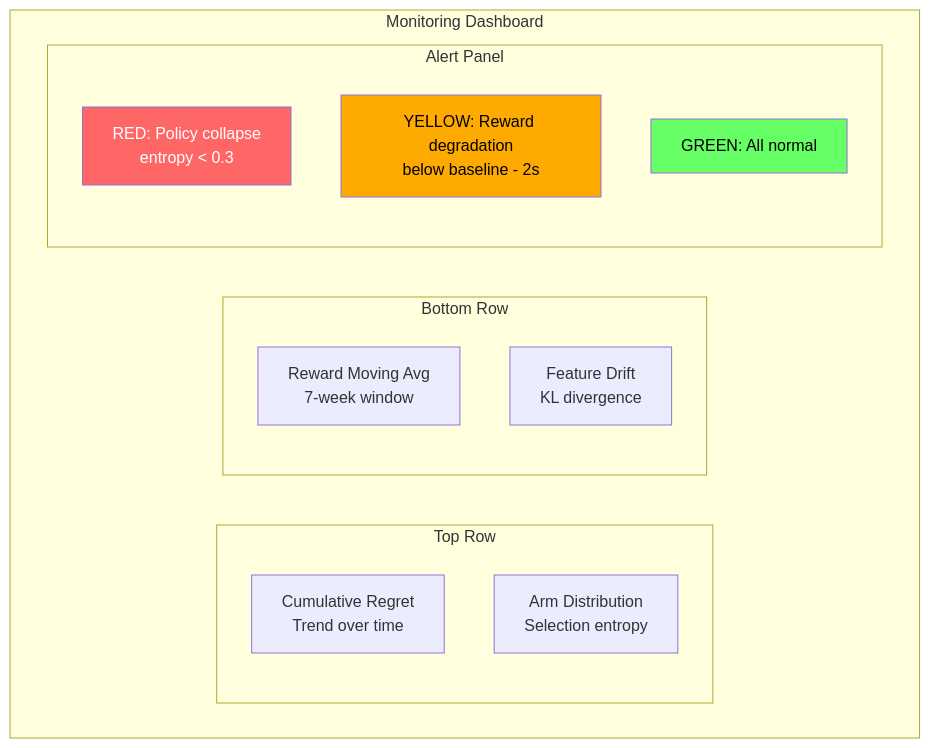
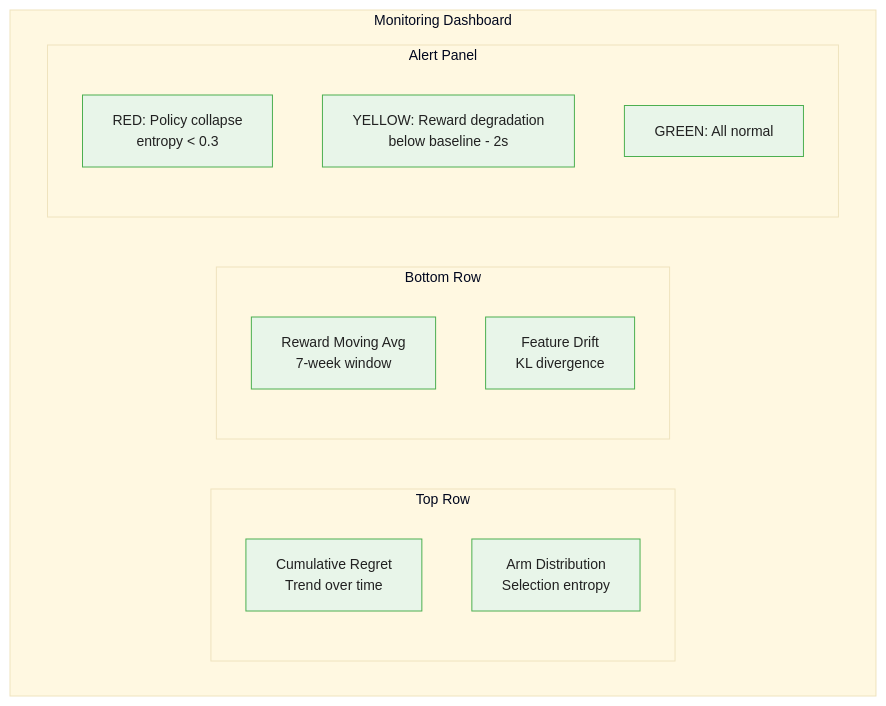
One commit to m-deane/course-creator changed the second of 4 diagrams in courses/multi-armed-bandits-ab-testing/modules/module_07_production_systems/guides/02_logging_and_monitoring_slides.md. Above: the diagram before and after it, drawn with Mermaid. The commit also changed other lines of this file and 146 other files, not shown here.

````diff
--- a/courses/multi-armed-bandits-ab-testing/modules/module_07_production_systems/guides/02_logging_and_monitoring_slides.md
+++ b/courses/multi-armed-bandits-ab-testing/modules/module_07_production_systems/guides/02_logging_and_monitoring_slides.md
@@ -86,22 +111,19 @@
 ```mermaid
+%%{init: {"theme": "base", "themeVariables": {"primaryColor": "#e8f5e9", "primaryBorderColor": "#4caf50", "primaryTextColor": "#212121", "secondaryColor": "#e3f2fd", "tertiaryColor": "#fff8e1", "lineColor": "#757575", "fontFamily": "Inter, sans-serif", "fontSize": "14px"}}}%%
 flowchart TD
     subgraph Dashboard["Monitoring Dashboard"]
         subgraph Top["Top Row"]
             CR["Cumulative Regret<br/>Trend over time"]
             AD["Arm Distribution<br/>Selection entropy"]
         end
         subgraph Bottom["Bottom Row"]
             RM["Reward Moving Avg<br/>7-week window"]
             FD["Feature Drift<br/>KL divergence"]
         end
         subgraph Alerts["Alert Panel"]
             R_alert["RED: Policy collapse<br/>entropy < 0.3"]
             Y_alert["YELLOW: Reward degradation<br/>below baseline - 2s"]
             G_alert["GREEN: All normal"]
         end
     end
-
-    style R_alert fill:#f66,color:#fff
-    style Y_alert fill:#fa0,color:#000
-    style G_alert fill:#6f6,color:#000
 ```
````
